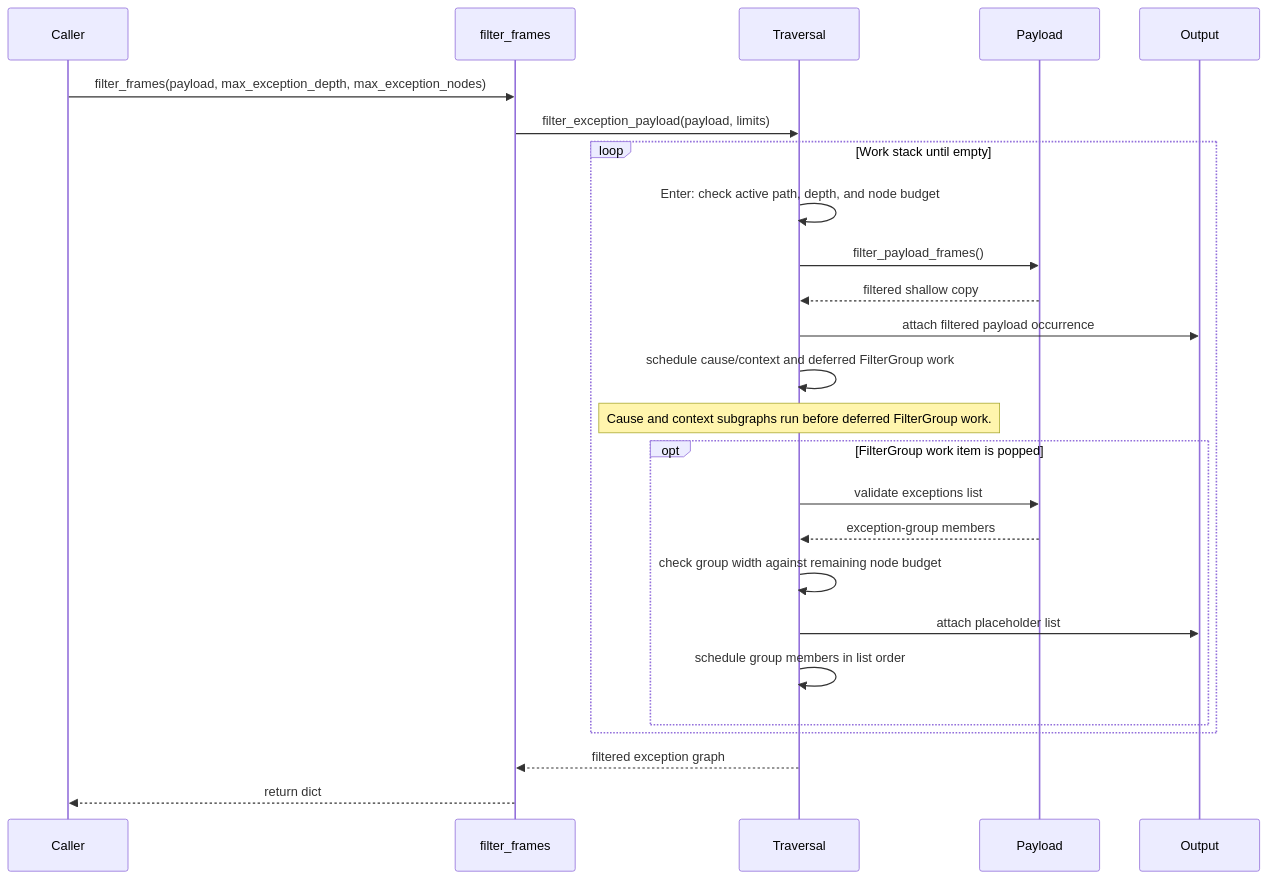
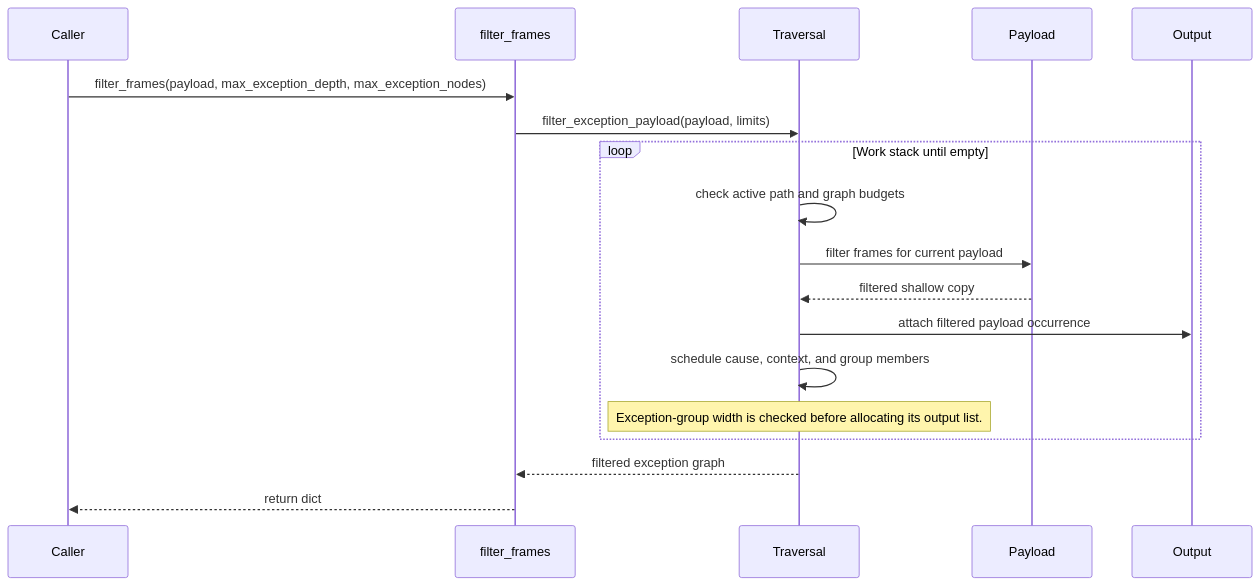
The third of 3 diagrams in docs/frame-filtering-design.md (leynos/femtologging), drawn with Mermaid before and after one commit. The commit also changed other lines of this file, not shown here.

First line of the commit message:
Clarify exception graph traversal diagrams (#443)

````diff
--- a/docs/frame-filtering-design.md
+++ b/docs/frame-filtering-design.md
@@ -139,35 +132,28 @@
 ```mermaid
 sequenceDiagram
     accTitle: Python exception payload filtering sequence
     accDescr {
-      Enter work checks the active path, depth, and node budget before filtering
-      and attaching a payload copy. Deferred FilterGroup work later checks
-      exception-group width before allocating its output list and scheduling
-      members.
+      The caller passes graph limits to filter_frames. Traversal checks active
+      path identity and budgets before filtering each payload, attaches its
+      filtered shallow copy, and schedules its cause, context, and group
+      members. Group width is checked before its output list is allocated.
     }
     participant Caller
     participant filter_frames
     participant Traversal
     participant Payload
     participant Output
 
     Caller->>filter_frames: filter_frames(payload, max_exception_depth, max_exception_nodes)
     filter_frames->>Traversal: filter_exception_payload(payload, limits)
     loop Work stack until empty
-        Traversal->>Traversal: Enter: check active path, depth, and node budget
-        Traversal->>Payload: filter_payload_frames()
+        Traversal->>Traversal: check active path and graph budgets
+        Traversal->>Payload: filter frames for current payload
         Payload-->>Traversal: filtered shallow copy
         Traversal->>Output: attach filtered payload occurrence
-        Traversal->>Traversal: schedule cause/context and deferred FilterGroup work
-        Note over Traversal: Cause and context subgraphs run before deferred FilterGroup work.
-        opt FilterGroup work item is popped
-            Traversal->>Payload: validate exceptions list
-            Payload-->>Traversal: exception-group members
-            Traversal->>Traversal: check group width against remaining node budget
-            Traversal->>Output: attach placeholder list
-            Traversal->>Traversal: schedule group members in list order
-        end
+        Traversal->>Traversal: schedule cause, context, and group members
+        Note over Traversal: Exception-group width is checked before allocating its output list.
     end
     Traversal-->>filter_frames: filtered exception graph
     filter_frames-->>Caller: return dict
 ```
````
